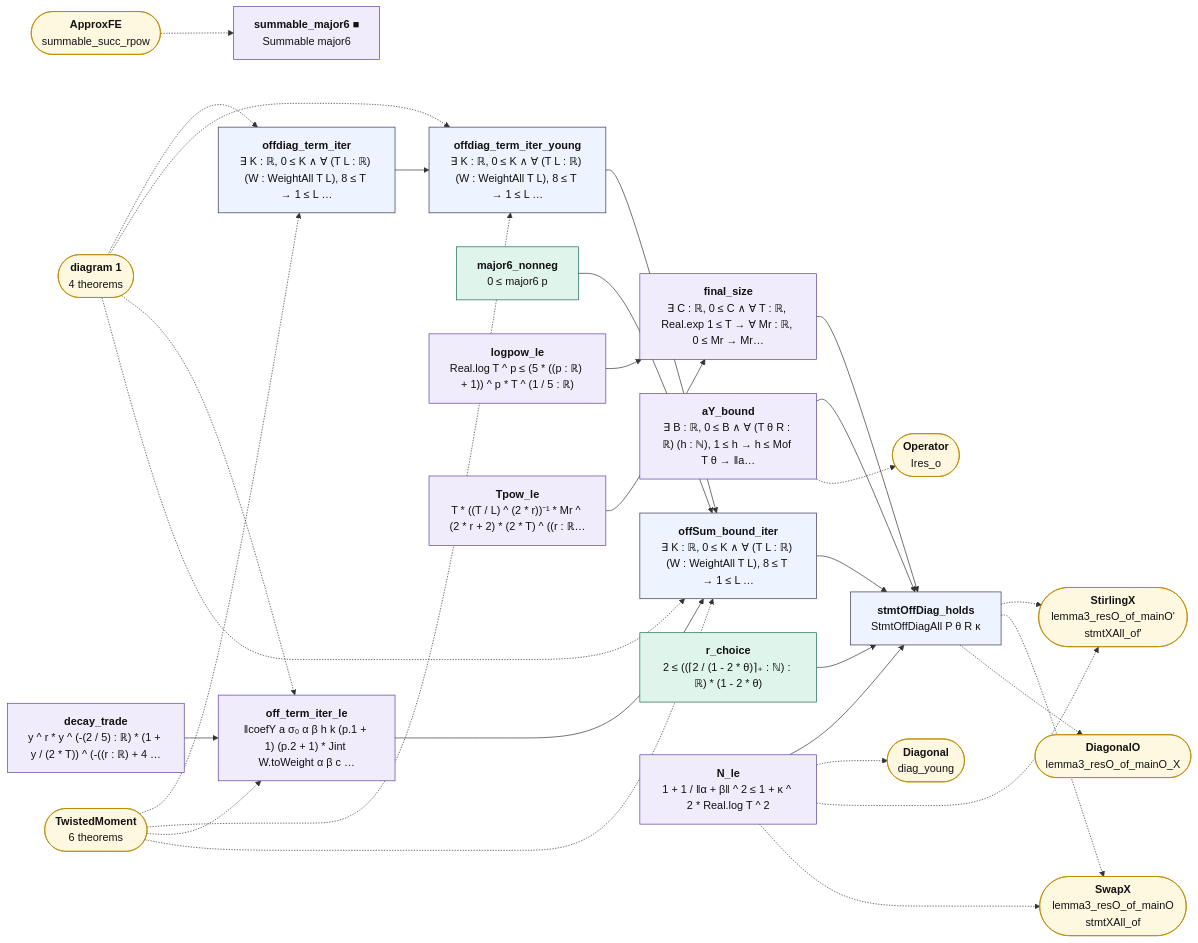
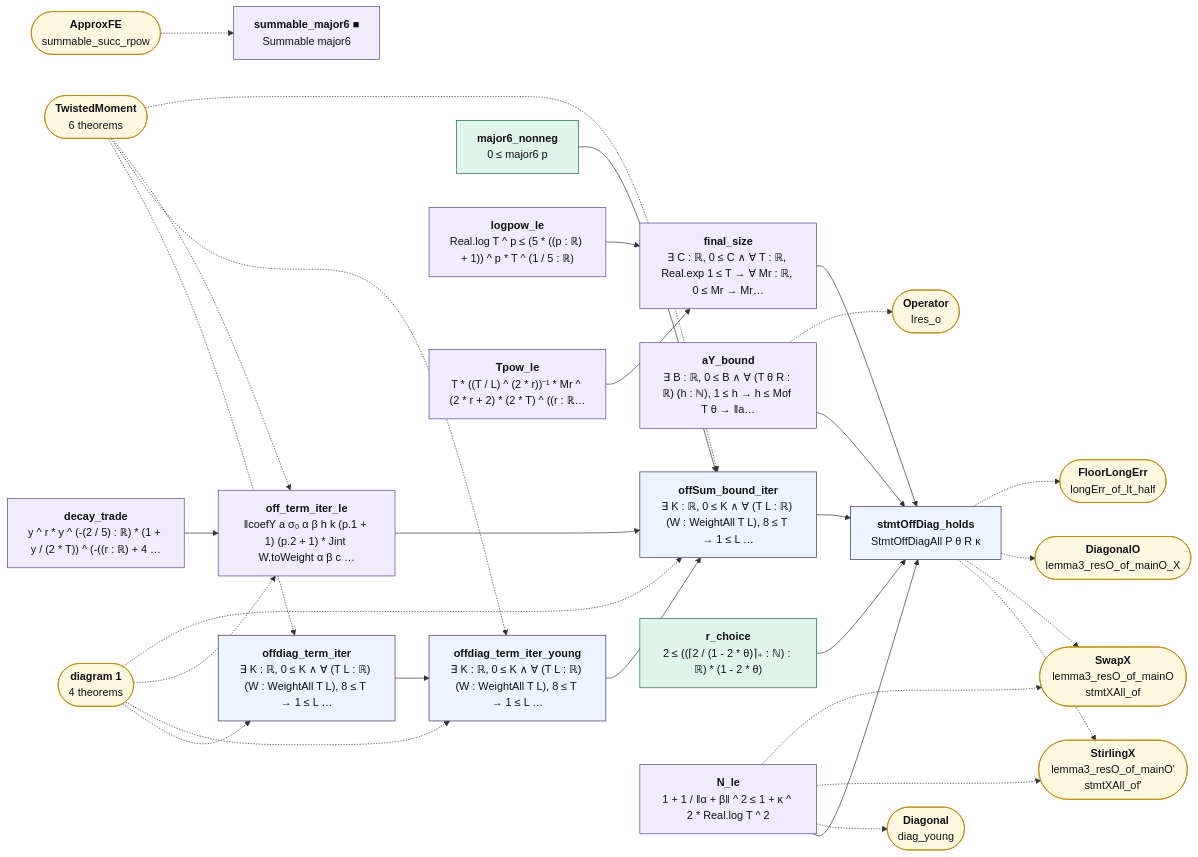
One commit to juliansambranojr/Primebeat_081426 changed the second of 2 diagrams in map/lean_stage3/OffDiagClose.md. Above: the diagram before and after it, drawn with Mermaid. The commit also changed other lines of this file and 64 other files, not shown here.

````diff
--- a/map/lean_stage3/OffDiagClose.md
+++ b/map/lean_stage3/OffDiagClose.md
@@ -107,61 +107,63 @@
 ```mermaid
 flowchart LR
   n0["<b>offdiag_term_iter</b><br/>∃ K : ℝ, 0 ≤ K ∧ ∀ (T L : ℝ) (W : WeightAll T L), 8 ≤ T → 1 ≤ L …"]:::thm
   n1["<b>offdiag_term_iter_young</b><br/>∃ K : ℝ, 0 ≤ K ∧ ∀ (T L : ℝ) (W : WeightAll T L), 8 ≤ T → 1 ≤ L …"]:::thm
   n2["<b>major6_nonneg</b><br/>0 ≤ major6 p"]:::cnt
   n3["<b>summable_major6 ■</b><br/>Summable major6"]:::shp
   n4["<b>decay_trade</b><br/>y ^ r * y ^ (-(2 / 5) : ℝ) * (1 + y / (2 * T)) ^ (-((r : ℝ) + 4 …"]:::shp
   n5["<b>off_term_iter_le</b><br/>‖coefY a σ₀ α β h k (p.1 + 1) (p.2 + 1) * Jint W.toWeight α β c …"]:::shp
   n6["<b>offSum_bound_iter</b><br/>∃ K : ℝ, 0 ≤ K ∧ ∀ (T L : ℝ) (W : WeightAll T L), 8 ≤ T → 1 ≤ L …"]:::thm
   n7["<b>aY_bound</b><br/>∃ B : ℝ, 0 ≤ B ∧ ∀ (T θ R : ℝ) (h : ℕ), 1 ≤ h → h ≤ Mof T θ → ‖a…"]:::shp
   n8["<b>logpow_le</b><br/>Real.log T ^ p ≤ (5 * ((p : ℝ) + 1)) ^ p * T ^ (1 / 5 : ℝ)"]:::shp
   n9["<b>Tpow_le</b><br/>T * ((T / L) ^ (2 * r))⁻¹ * Mr ^ (2 * r + 2) * (2 * T) ^ ((r : ℝ…"]:::shp
   n10["<b>final_size</b><br/>∃ C : ℝ, 0 ≤ C ∧ ∀ T : ℝ, Real.exp 1 ≤ T → ∀ Mr : ℝ, 0 ≤ Mr → Mr…"]:::shp
   n11["<b>r_choice</b><br/>2 ≤ ((⌈2 / (1 - 2 * θ)⌉₊ : ℕ) : ℝ) * (1 - 2 * θ)"]:::cnt
   n12["<b>N_le</b><br/>1 + 1 / ‖α + β‖ ^ 2 ≤ 1 + κ ^ 2 * Real.log T ^ 2"]:::shp
   n13["<b>stmtOffDiag_holds</b><br/>StmtOffDiagAll P θ R κ"]:::thm
   x0(["<b>diagram 1</b><br/>4 theorems"]):::ext
   x1(["<b>TwistedMoment</b><br/>6 theorems"]):::ext
   x2(["<b>ApproxFE</b><br/>summable_succ_rpow"]):::ext
   x3(["<b>Operator</b><br/>Ires_o"]):::ext
   x4(["<b>Diagonal</b><br/>diag_young"]):::ext
   x5(["<b>StirlingX</b><br/>lemma3_resO_of_mainO'<br/>stmtXAll_of'"]):::ext
   x6(["<b>SwapX</b><br/>lemma3_resO_of_mainO<br/>stmtXAll_of"]):::ext
   x7(["<b>DiagonalO</b><br/>lemma3_resO_of_mainO_X"]):::ext
+  x8(["<b>FloorLongErr</b><br/>longErr_of_lt_half"]):::ext
   n0 --> n1
   n1 --> n6
   n10 --> n13
   n11 --> n13
   n12 --> n13
   n2 --> n6
   n4 --> n5
   n5 --> n6
   n6 --> n13
   n7 --> n13
   n8 --> n10
   n9 --> n10
   n12 -.-> x4
   n12 -.-> x5
   n12 -.-> x6
   n13 -.-> x5
   n13 -.-> x6
   n13 -.-> x7
+  n13 -.-> x8
   n7 -.-> x3
   x0 -.-> n0
   x0 -.-> n1
   x0 -.-> n5
   x0 -.-> n6
   x1 -.-> n0
   x1 -.-> n1
   x1 -.-> n5
   x1 -.-> n6
   x2 -.-> n3
   classDef cnt fill:#dff5ec,stroke:#17694a,color:#111
   classDef shp fill:#f1ecfb,stroke:#5b3fa0,color:#111
   classDef rh fill:#ffe5e5,stroke:#c22,color:#111,stroke-width:2px
   classDef thm fill:#eef4ff,stroke:#335,color:#111
   classDef end_ fill:#e7f7e7,stroke:#2a7,color:#111,stroke-width:2px
   classDef lone fill:#fff,stroke:#999,color:#111,stroke-dasharray:4 3
   classDef bad fill:#ffe5e5,stroke:#c22,color:#111,stroke-width:2px
   classDef ext fill:#fff8e1,stroke:#b80,color:#111
 ```
````
